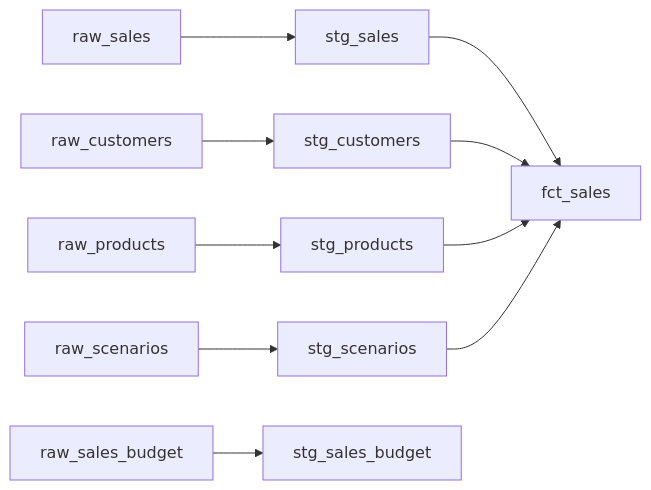
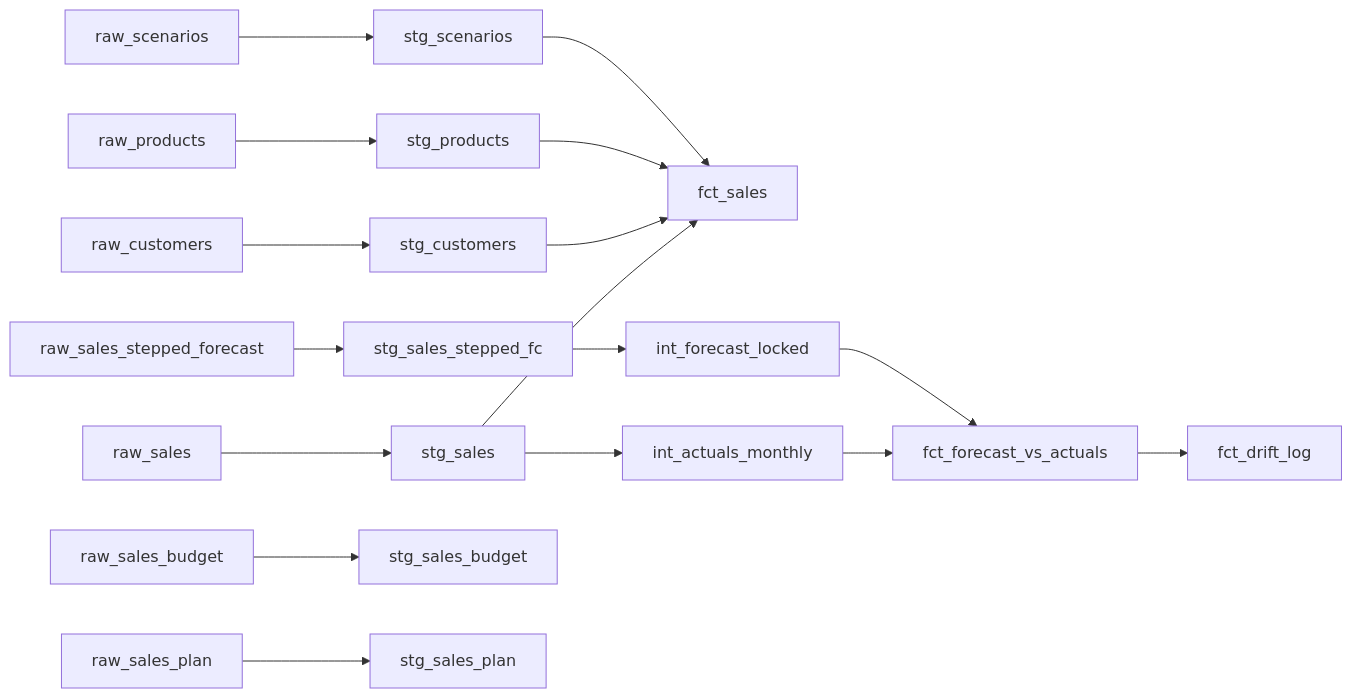
One commit to raceonc/dbt-sales-analytics changed the diagram in README.md. Above: the diagram before and after it, drawn with Mermaid. The commit also changed other lines of this file, not shown here.

````diff
--- a/README.md
+++ b/README.md
@@ -15,12 +15,22 @@
 ```mermaid
 graph LR
-    A[raw_sales] --> B[stg_sales]
-    C[raw_customers] --> D[stg_customers]
-    E[raw_products] --> F[stg_products]
-    G[raw_scenarios] --> H[stg_scenarios]
-    B --> I[fct_sales]
-    D --> I
-    F --> I
-    H --> I
-    J[raw_sales_budget] --> K[stg_sales_budget]
+    RS[raw_sales] --> SS[stg_sales]
+    RC[raw_customers] --> SC[stg_customers]
+    RP[raw_products] --> SP[stg_products]
+    RSc[raw_scenarios] --> SSc[stg_scenarios]
+    RSF[raw_sales_stepped_forecast] --> SSF[stg_sales_stepped_fc]
+
+    SS --> FS[fct_sales]
+    SC --> FS
+    SP --> FS
+    SSc --> FS
+
+    SS --> IAM[int_actuals_monthly]
+    SSF --> IFL[int_forecast_locked]
+    IAM --> FVA[fct_forecast_vs_actuals]
+    IFL --> FVA
+    FVA --> FDL[fct_drift_log]
+
+    RB[raw_sales_budget] --> SB[stg_sales_budget]
+    RPl[raw_sales_plan] --> SPl[stg_sales_plan]
 ```
````
